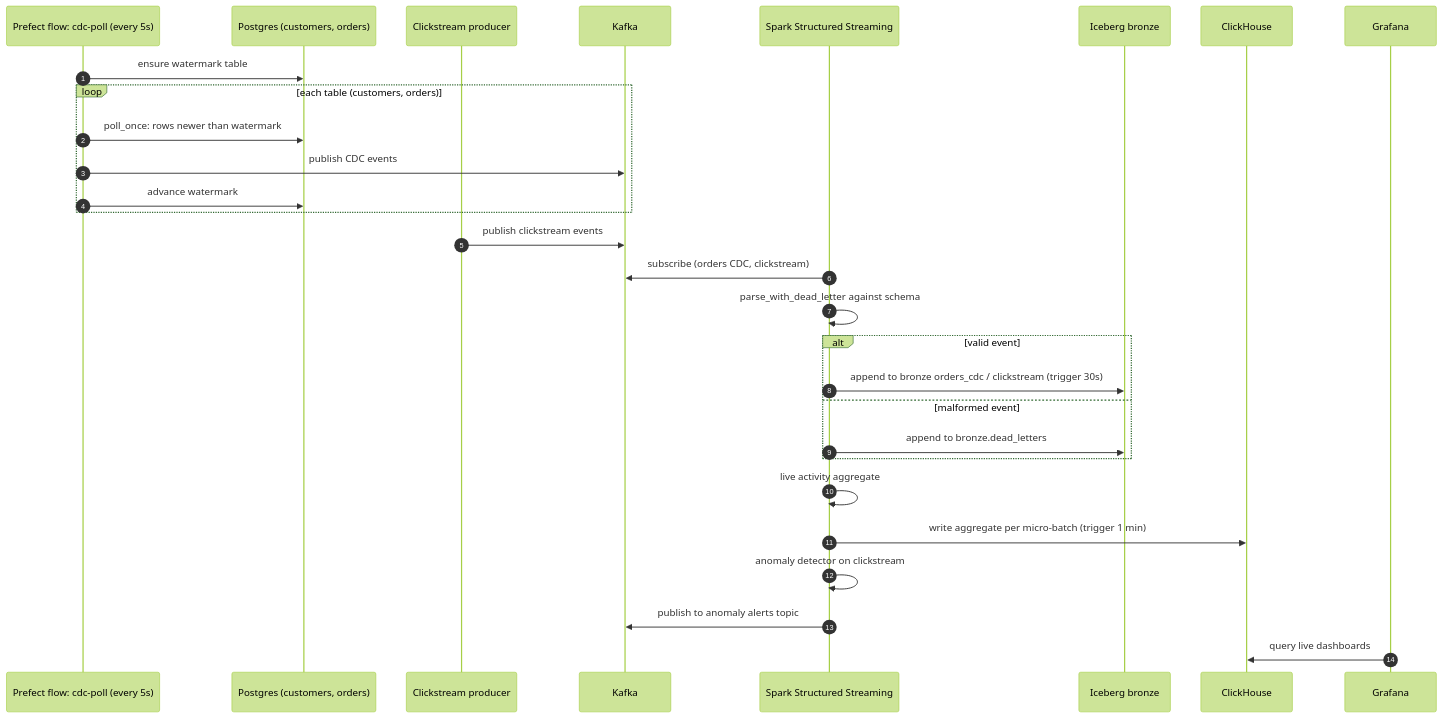
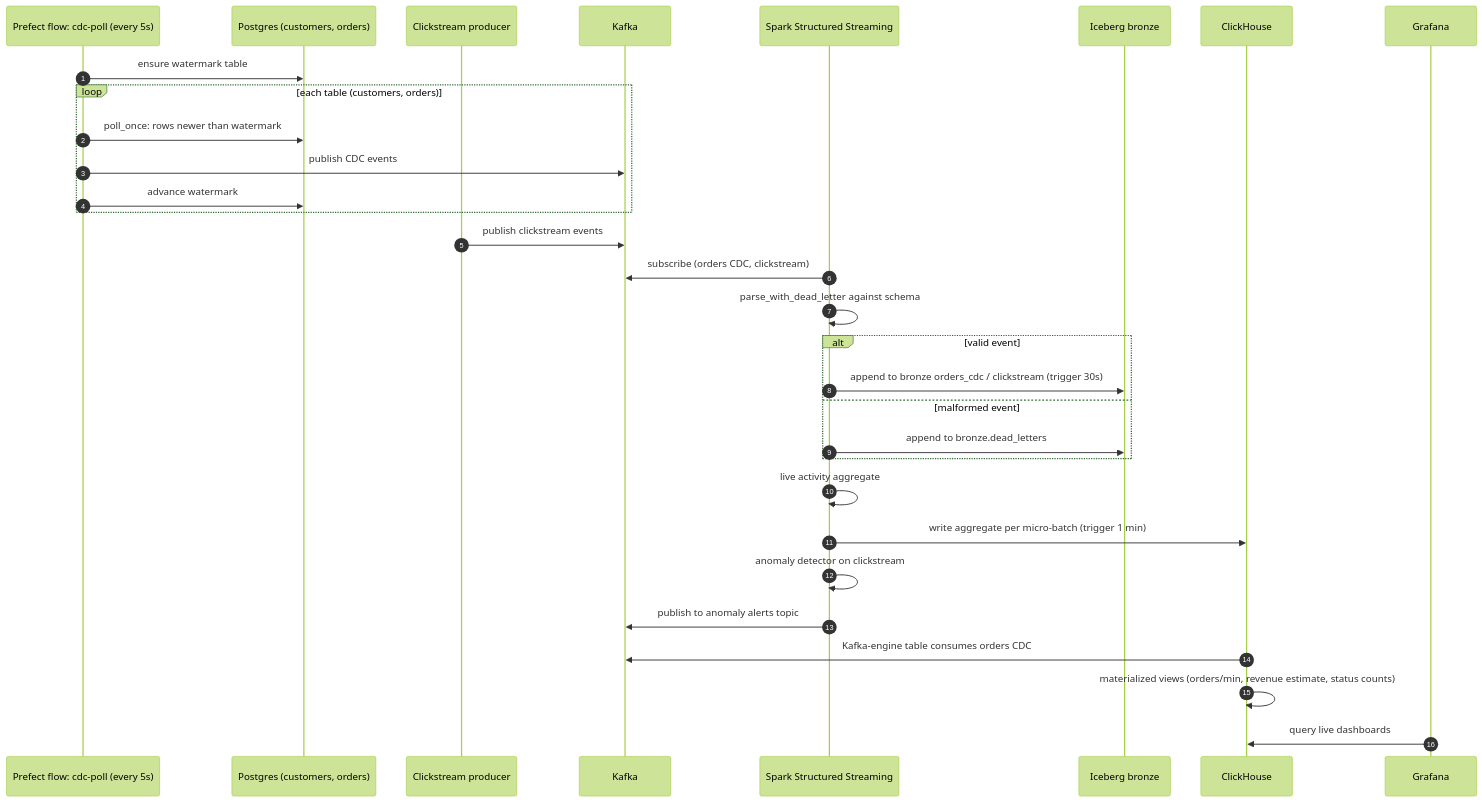
The second of 5 diagrams in docs/SEQUENCE_DIAGRAMS.md (Mr-Number-One-Learning/dataone), drawn with Mermaid (forest theme) before and after one commit. The commit also changed other lines of this file and 22 other files, not shown here.

````diff
--- a/docs/SEQUENCE_DIAGRAMS.md
+++ b/docs/SEQUENCE_DIAGRAMS.md
@@ -59,33 +60,35 @@
 ```mermaid
 sequenceDiagram
     autonumber
     participant Poll as Prefect flow: cdc-poll (every 5s)
     participant PG as Postgres (customers, orders)
     participant Gen as Clickstream producer
     participant K as Kafka
     participant SS as Spark Structured Streaming
     participant Ice as Iceberg bronze
     participant CH as ClickHouse
     participant G as Grafana
 
     Poll->>PG: ensure watermark table
     loop each table (customers, orders)
         Poll->>PG: poll_once: rows newer than watermark
         Poll->>K: publish CDC events
         Poll->>PG: advance watermark
     end
     Gen->>K: publish clickstream events
 
     SS->>K: subscribe (orders CDC, clickstream)
     SS->>SS: parse_with_dead_letter against schema
     alt valid event
         SS->>Ice: append to bronze orders_cdc / clickstream (trigger 30s)
     else malformed event
         SS->>Ice: append to bronze.dead_letters
     end
     SS->>SS: live activity aggregate
     SS->>CH: write aggregate per micro-batch (trigger 1 min)
     SS->>SS: anomaly detector on clickstream
     SS->>K: publish to anomaly alerts topic
+    CH->>K: Kafka-engine table consumes orders CDC
+    CH->>CH: materialized views (orders/min, revenue estimate, status counts)
     G->>CH: query live dashboards
 ```
````
